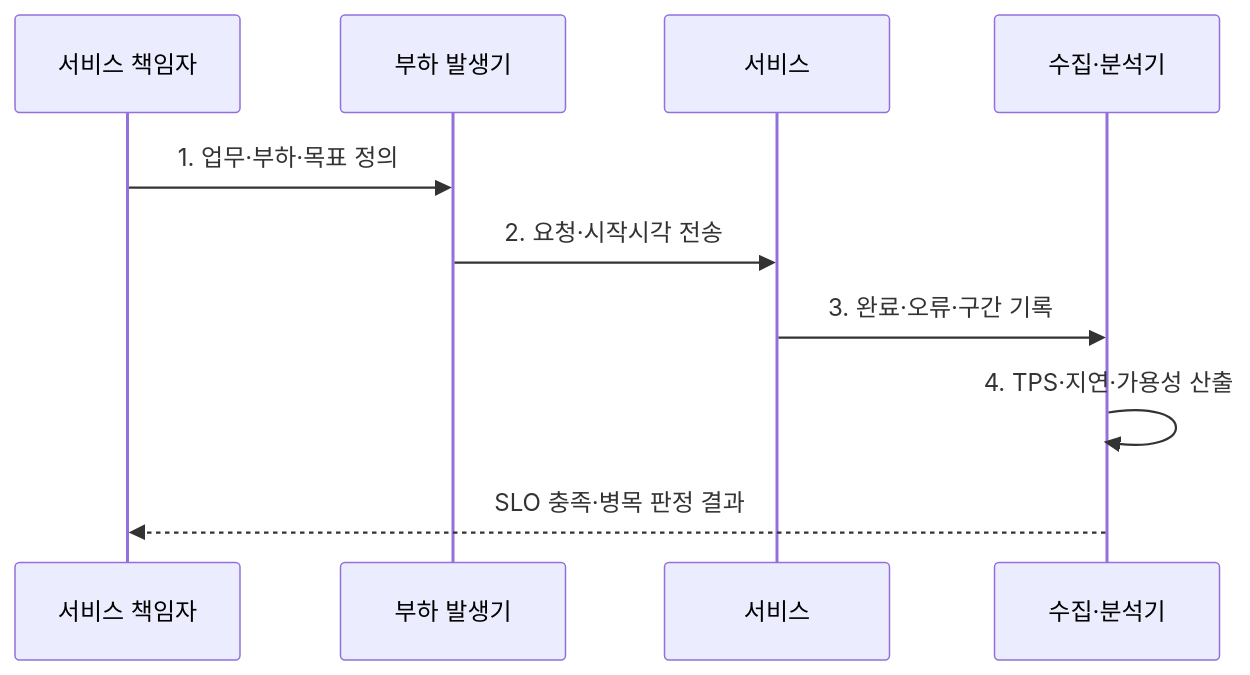
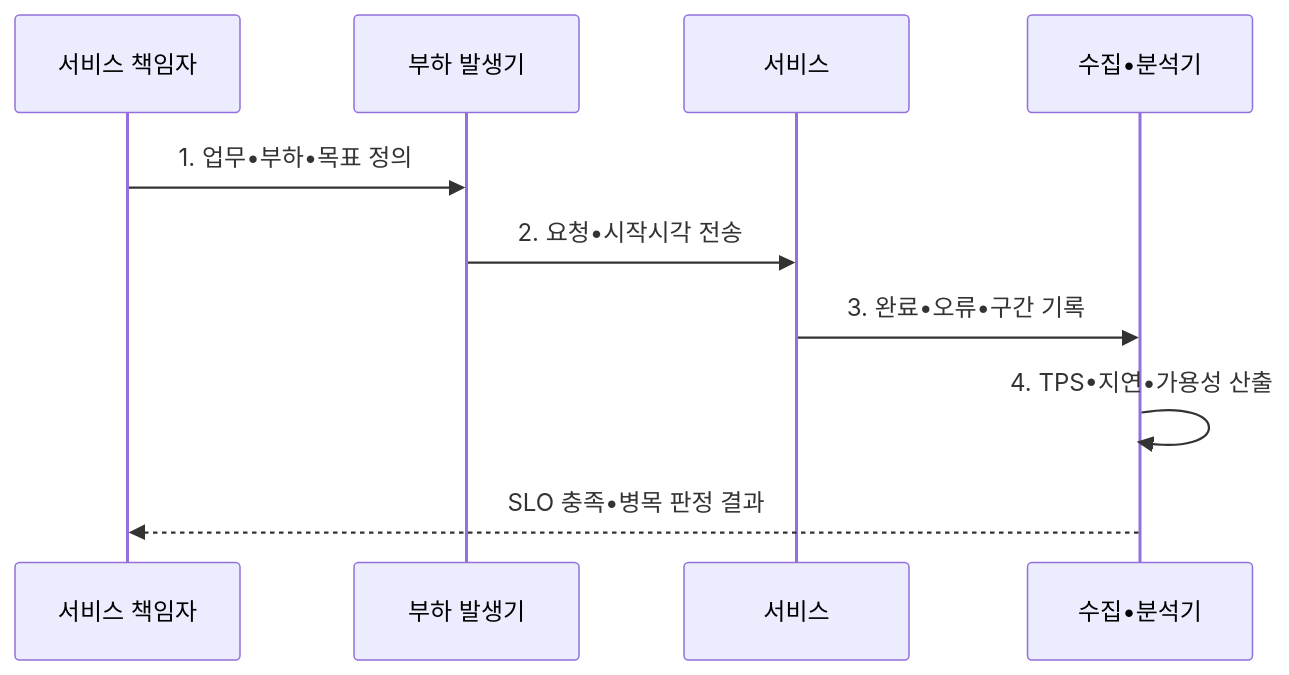
One commit to agnusdei1207/knowledge-base changed the second of 2 diagrams in src/content/docs/notes/06-evaluation/001_system_kpi_tps_response_time.md. Above: the diagram before and after it, drawn with Mermaid. The commit also changed other lines of this file and 953 other files, not shown here.

````diff
--- a/src/content/docs/notes/06-evaluation/001_system_kpi_tps_response_time.md
+++ b/src/content/docs/notes/06-evaluation/001_system_kpi_tps_response_time.md
@@ -104,12 +104,12 @@
 ```mermaid
 sequenceDiagram
   participant O as 서비스 책임자
   participant L as 부하 발생기
   participant S as 서비스
-    participant C as 수집·분석기
-  O->>L: 1. 업무·부하·목표 정의
-  L->>S: 2. 요청·시작시각 전송
-  S->>C: 3. 완료·오류·구간 기록
-    C->>C: 4. TPS·지연·가용성 산출
-    C-->>O: SLO 충족·병목 판정 결과
+    participant C as 수집•분석기
+  O->>L: 1. 업무•부하•목표 정의
+  L->>S: 2. 요청•시작시각 전송
+  S->>C: 3. 완료•오류•구간 기록
+    C->>C: 4. TPS•지연•가용성 산출
+    C-->>O: SLO 충족•병목 판정 결과
 ```
````
